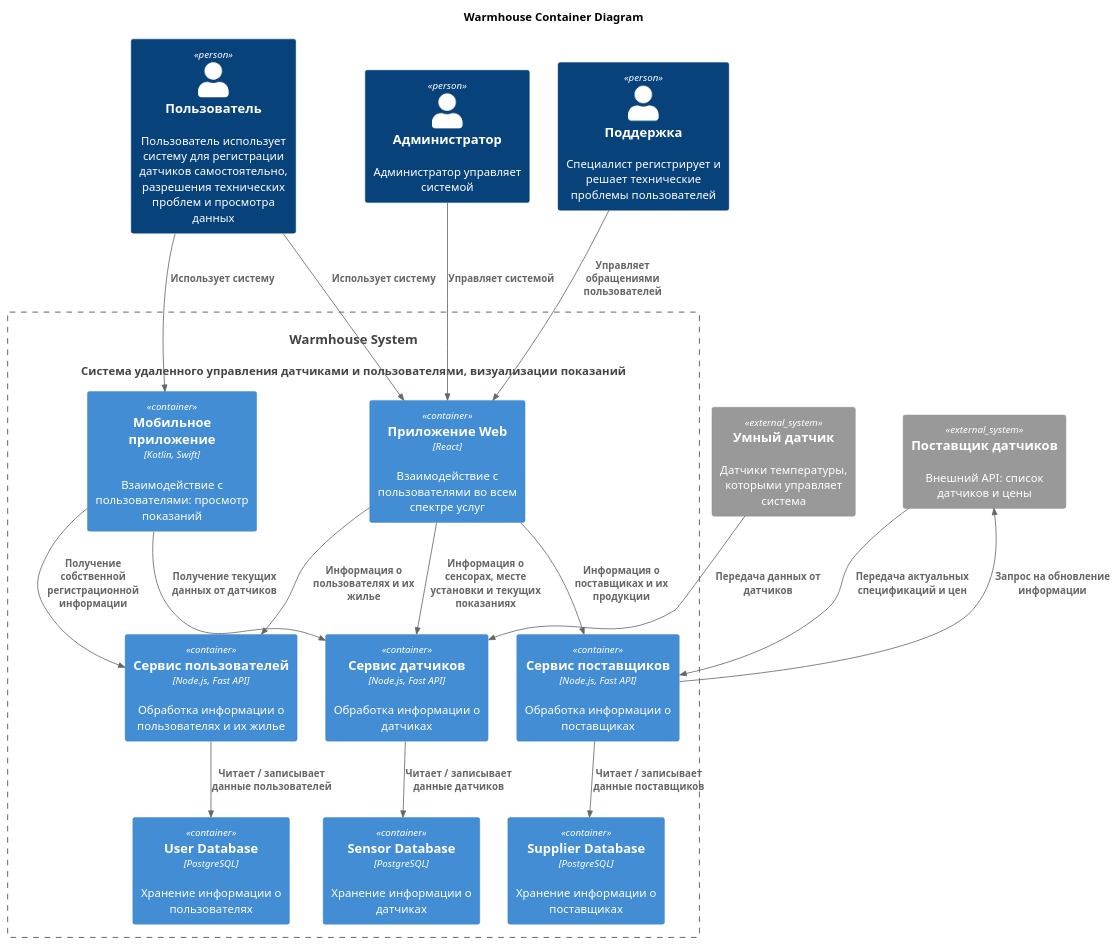
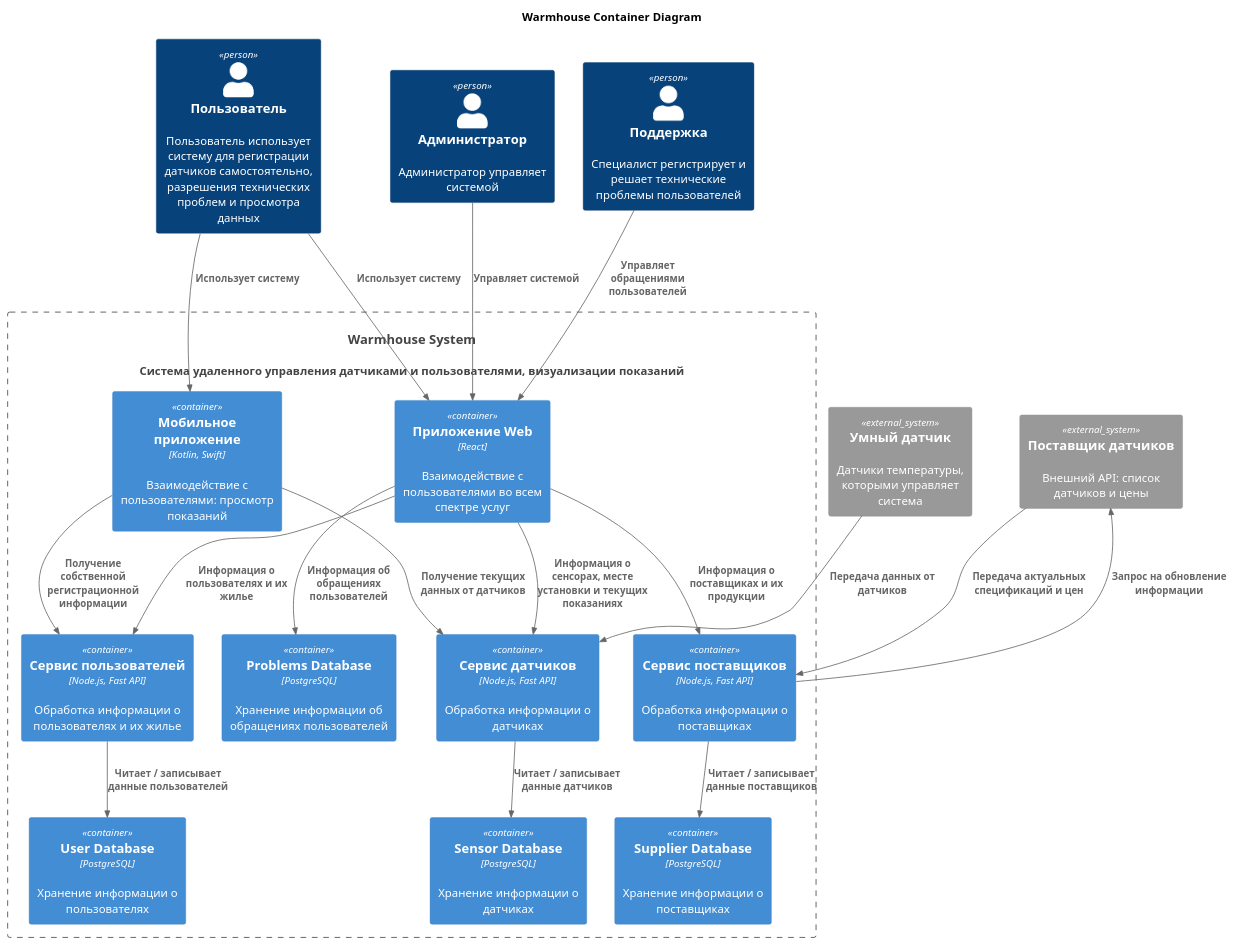
One commit to viceversag/Yandex-Architecture changed the diagram in diagrams/container/Warmhouse_container.puml. Above: the diagram before and after it, drawn with PlantUML. The commit also changed 2 other files, not shown here.

Commit message:
Small changes in Container. New Component diagramm

```diff
--- a/diagrams/container/Warmhouse_container.puml
+++ b/diagrams/container/Warmhouse_container.puml
@@ -1,42 +1,44 @@
 @startuml
 title Warmhouse Container Diagram
 
 top to bottom direction
 
 !includeurl https://raw.githubusercontent.com/RicardoNiepel/C4-PlantUML/master/C4_Component.puml
 
 Person(user, "Пользователь", "Пользователь использует систему для регистрации датчиков самостоятельно, разрешения технических проблем и просмотра данных")
 Person(admin, "Администратор", "Администратор управляет системой")
 Person(serviceman, "Поддержка", "Специалист регистрирует и решает технические проблемы пользователей")
 System(WarmhouseSystem, "Warmhouse System", "Система удаленного управления датчиками и пользователями, визуализации показаний")
 
 Container_Boundary(WarmhouseSystem, "Warmhouse System") {
   Container(WebApp, "Приложение Web", "React", "Взаимодействие с пользователями во всем спектре услуг")
   Container(MobileApp, "Мобильное приложение", "Kotlin, Swift", "Взаимодействие с пользователями: просмотр показаний")
   Container(UserService, "Сервис пользователей", "Node.js, Fast API", "Обработка информации о пользователях и их жилье")
   Container(SensorService, "Сервис датчиков", "Node.js, Fast API", "Обработка информации о датчиках")
   Container(SupplierService, "Сервис поставщиков", "Node.js, Fast API", "Обработка информации о поставщиках")
   Container(UserDatabase, "User Database", "PostgreSQL", "Хранение информации о пользователях")
   Container(SensorDatabase, "Sensor Database", "PostgreSQL", "Хранение информации о датчиках")
   Container(SupplierDatabase, "Supplier Database", "PostgreSQL", "Хранение информации о поставщиках")
+  Container(ProblemsDatabase, "Problems Database", "PostgreSQL", "Хранение информации об обращениях пользователей")
 }
 
 System_Ext(sensor, "Умный датчик", "Датчики температуры, которыми управляет система")
 System_Ext(supplier, "Поставщик датчиков", "Внешний API: список датчиков и цены")
 
 Rel(user, WebApp, "Использует систему")
 Rel(user, MobileApp, "Использует систему")
 Rel(admin, WebApp,"Управляет системой")
 Rel(serviceman, WebApp,"Управляет обращениями пользователей")
 Rel(WebApp,UserService,"Информация о пользователях и их жилье")
+Rel(WebApp,ProblemsDatabase,"Информация об обращениях пользователей")
 Rel(UserService,UserDatabase,"Читает / записывает данные пользователей")
 Rel(WebApp,SensorService,"Информация о сенсорах, месте установки и текущих показаниях")
 Rel(SensorService,SensorDatabase,"Читает / записывает данные датчиков")
 Rel(sensor,SensorService,"Передача данных от датчиков")
 Rel(WebApp,SupplierService,"Информация о поставщиках и их продукции")
 Rel(SupplierService,SupplierDatabase,"Читает / записывает данные поставщиков")
 Rel(supplier,SupplierService,"Передача актуальных спецификаций и цен")
 Rel(SupplierService, supplier,"Запрос на обновление информации")
 Rel(MobileApp, UserService,"Получение собственной регистрационной информации")
 Rel(MobileApp, SensorService,"Получение текущих данных от датчиков")
 @enduml
```
